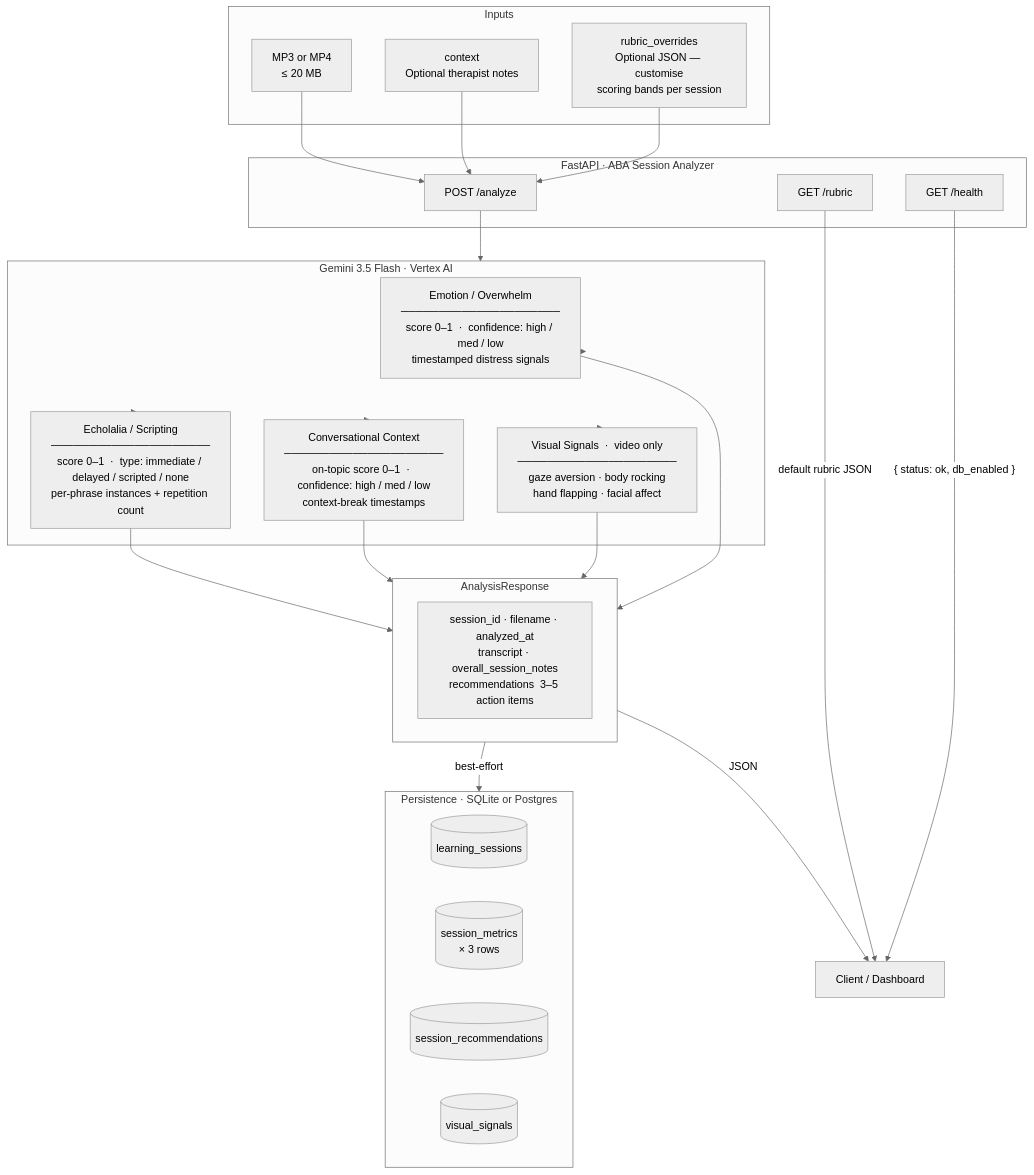
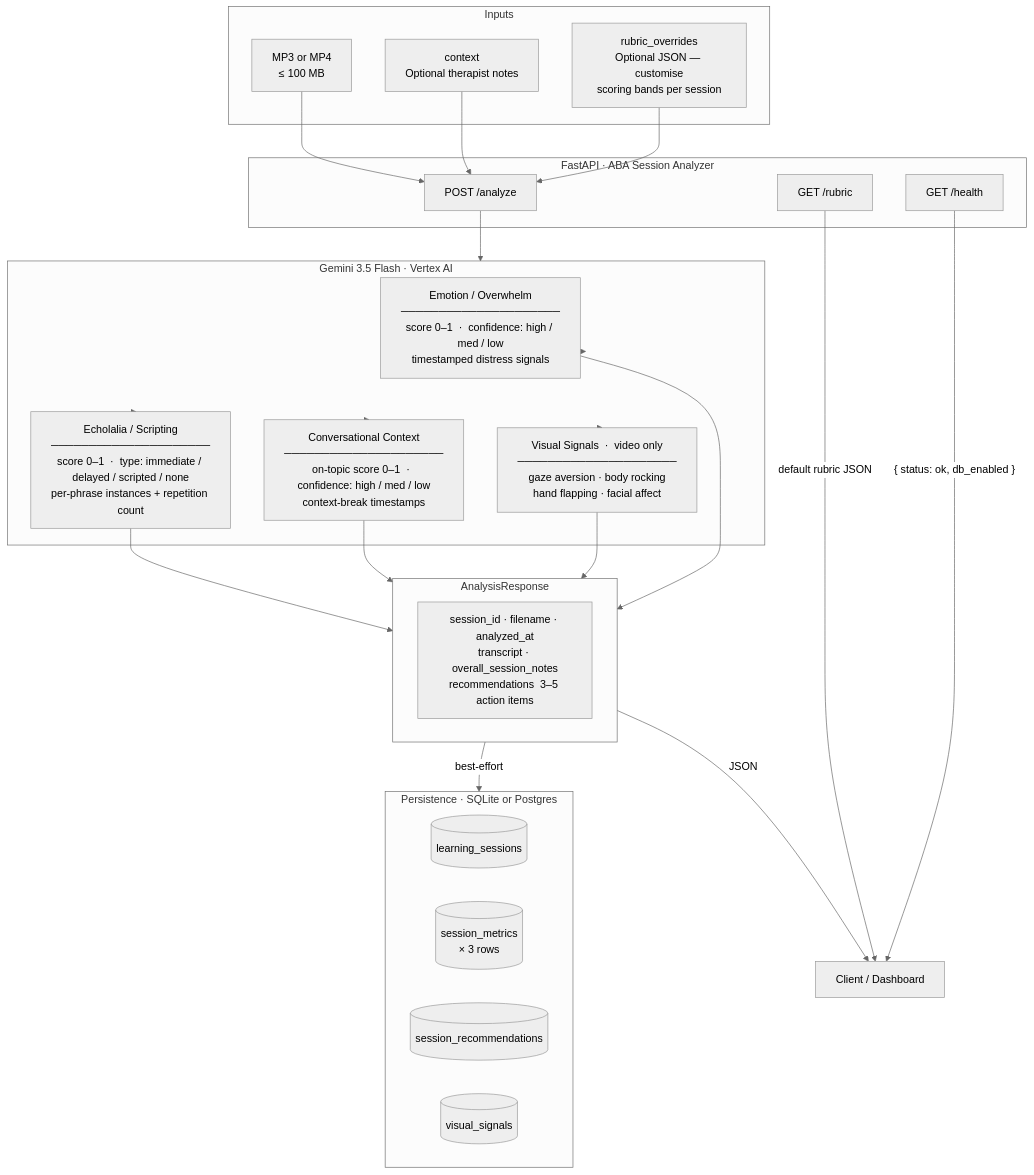
One commit to fsi-hack4autism/uc1-multisensory-learning-analysis changed the diagram in api/API.md. Above: the diagram before and after it, drawn with Mermaid (neutral theme).

````diff
--- a/api/API.md
+++ b/api/API.md
@@ -5,42 +5,42 @@
 ```mermaid
 flowchart TD
     subgraph in["Inputs"]
-        F["MP3 or MP4\n≤ 20 MB"]
+        F["MP3 or MP4\n≤ 100 MB"]
         CTX["context\nOptional therapist notes"]
         RO["rubric_overrides\nOptional JSON — customise\nscoring bands per session"]
     end
 
     subgraph api["FastAPI  ·  ABA Session Analyzer"]
         A1["POST /analyze"]
         A2["GET /rubric"]
         A3["GET /health"]
     end
 
     subgraph ai["Gemini 3.5 Flash  ·  Vertex AI"]
         M1["Emotion / Overwhelm\n─────────────────────\nscore 0–1  ·  confidence: high / med / low\ntimestamped distress signals"]
         M2["Echolalia / Scripting\n─────────────────────\nscore 0–1  ·  type: immediate / delayed / scripted / none\nper-phrase instances + repetition count"]
         M3["Conversational Context\n─────────────────────\non-topic score 0–1  ·  confidence: high / med / low\ncontext-break timestamps"]
         M4["Visual Signals  ·  video only\n─────────────────────\ngaze aversion · body rocking\nhand flapping · facial affect"]
     end
 
     subgraph out["AnalysisResponse"]
         R["session_id · filename · analyzed_at\ntranscript · overall_session_notes\nrecommendations  3–5 action items"]
     end
 
     subgraph db["Persistence  ·  SQLite or Postgres"]
         DB1[("learning_sessions")]
         DB2[("session_metrics\n× 3 rows")]
         DB3[("session_recommendations")]
         DB4[("visual_signals")]
     end
 
     F & CTX & RO --> A1
     A1 --> ai
     ai --> M1 & M2 & M3 & M4
     M1 & M2 & M3 & M4 --> out
     out -->|"best-effort"| db
     out -->|"JSON"| Client["Client / Dashboard"]
 
     A2 -->|"default rubric JSON"| Client
     A3 -->|"{ status: ok, db_enabled }"| Client
 ```
````
